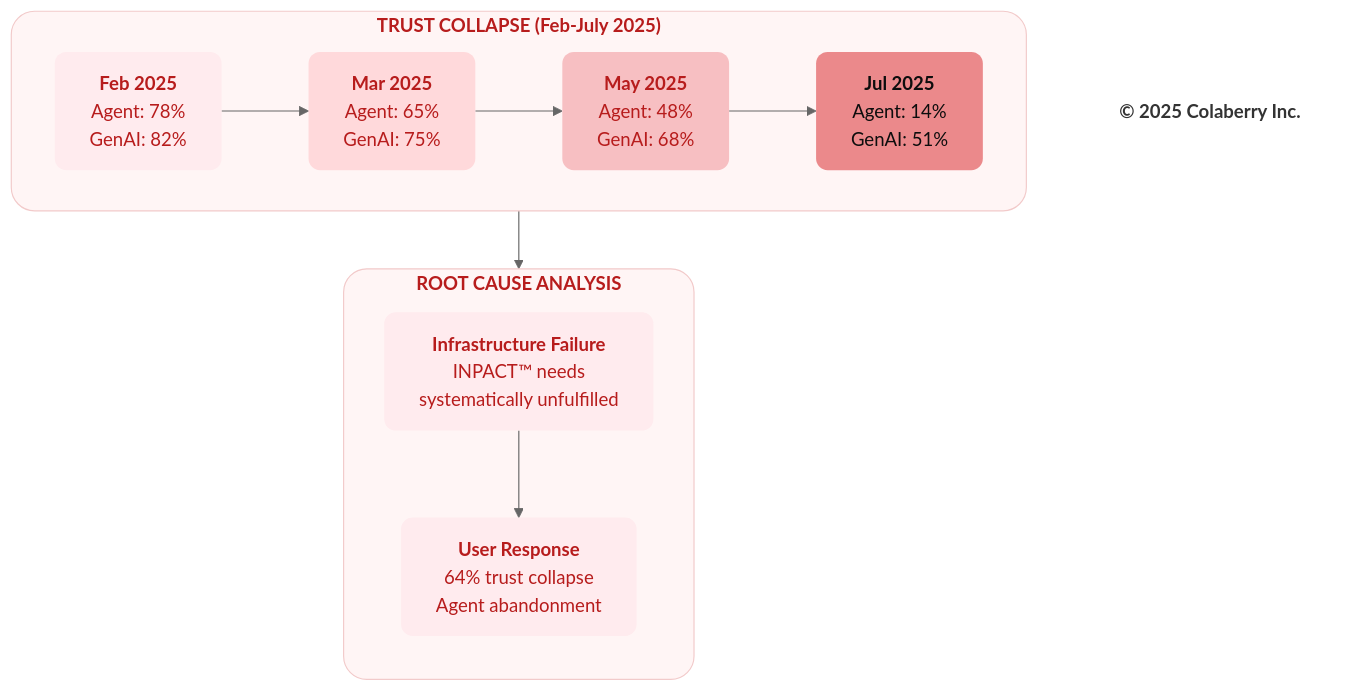
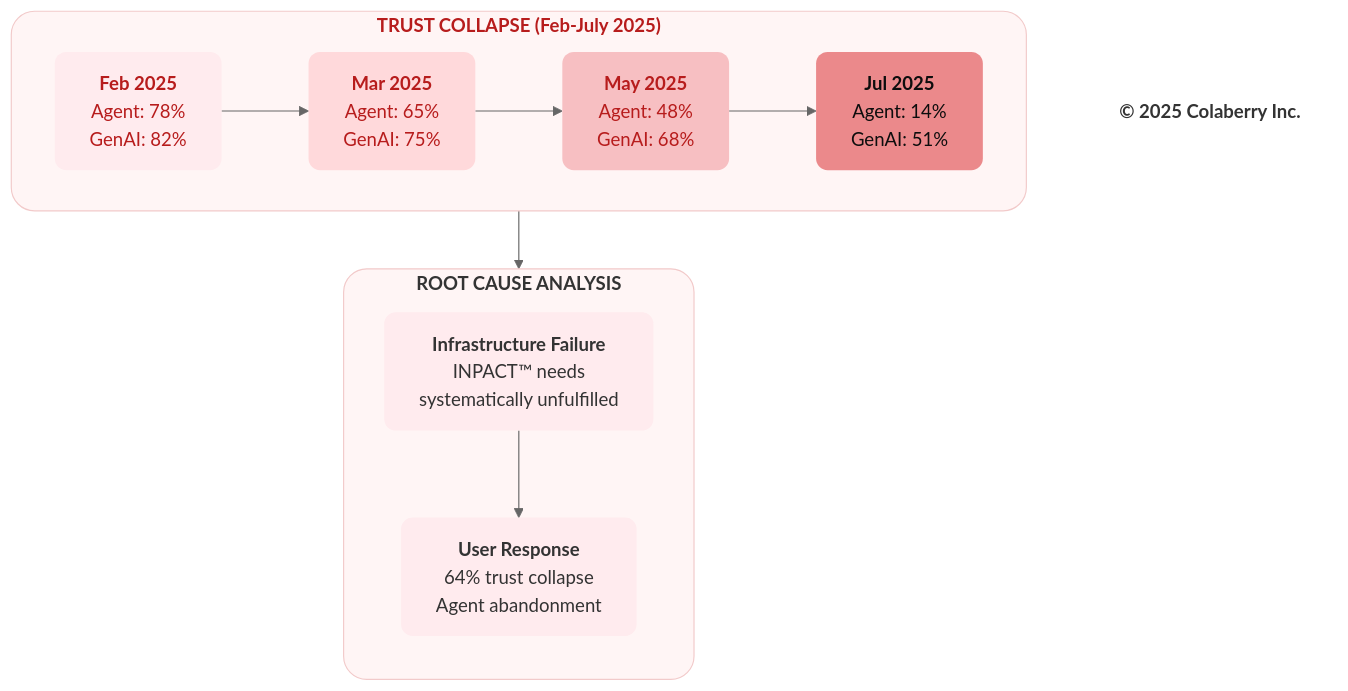
Before and after one commit to saitejesh-cyber/trust-before-intelligence-book: the diagram in mermaid-source/figure-1-1.mmd, drawn with Mermaid (neutral theme). The commit also changed 5 other files, not shown here.

```diff
--- a/mermaid-source/figure-1-1.mmd
+++ b/mermaid-source/figure-1-1.mmd
@@ -1,39 +1,39 @@
 graph TB
     subgraph timeline["<b>TRUST COLLAPSE (Feb-July 2025)</b>"]
         direction LR
         
         FEB["<b>Feb 2025</b><br/>Agent: 78%<br/>GenAI: 82%"]
         
         MAR["<b>Mar 2025</b><br/>Agent: 65%<br/>GenAI: 75%"]
         
         MAY["<b>May 2025</b><br/>Agent: 48%<br/>GenAI: 68%"]
         
         JUL["<b>Jul 2025</b><br/>Agent: 14%<br/>GenAI: 51%"]
         
         FEB --> MAR --> MAY --> JUL
     end
     
     subgraph analysis["<b>ROOT CAUSE ANALYSIS</b>"]
         direction TB
         
         CAUSE["<b>Infrastructure Failure</b><br/>INPACT™ needs<br/>systematically unfulfilled"]
         
         RESULT["<b>User Response</b><br/>64% trust collapse<br/>Agent abandonment"]
         
         CAUSE --> RESULT
     end
     
     timeline --> analysis
 
     style timeline fill:#fff5f5,stroke:#f2caca,stroke-width:1px,color:#b71c1c,rx:20,ry:20
     style FEB fill:#ffebee,stroke:none,color:#b71c1c,rx:10,ry:10
     style MAR fill:#ffd9db,stroke:none,color:#b71c1c,rx:10,ry:10
     style MAY fill:#f7bfc2,stroke:none,color:#b71c1c,rx:10,ry:10
     style JUL fill:#eb898b,stroke:none,color:#0D0D0D,rx:10,ry:10
 
-    style analysis fill:#fff5f5,stroke:#f2caca,stroke-width:1px,color:#b71c1c,rx:20,ry:20
-    style CAUSE fill:#ffebee,stroke:none,color:#b71c1c,rx:10,ry:10
-    style RESULT fill:#ffebee,stroke:none,color:#b71c1c,rx:10,ry:10
+    style analysis fill:#fff5f5,stroke:#f2caca,stroke-width:1px,color:#333333,rx:20,ry:20
+    style CAUSE fill:#ffebee,stroke:none,color:#333333,rx:10,ry:10
+    style RESULT fill:#ffebee,stroke:none,color:#333333,rx:10,ry:10
 
     Copyright["<b>© 2025 Colaberry Inc.</b>"]
     style Copyright fill:none,stroke:none,color:#333333
```
